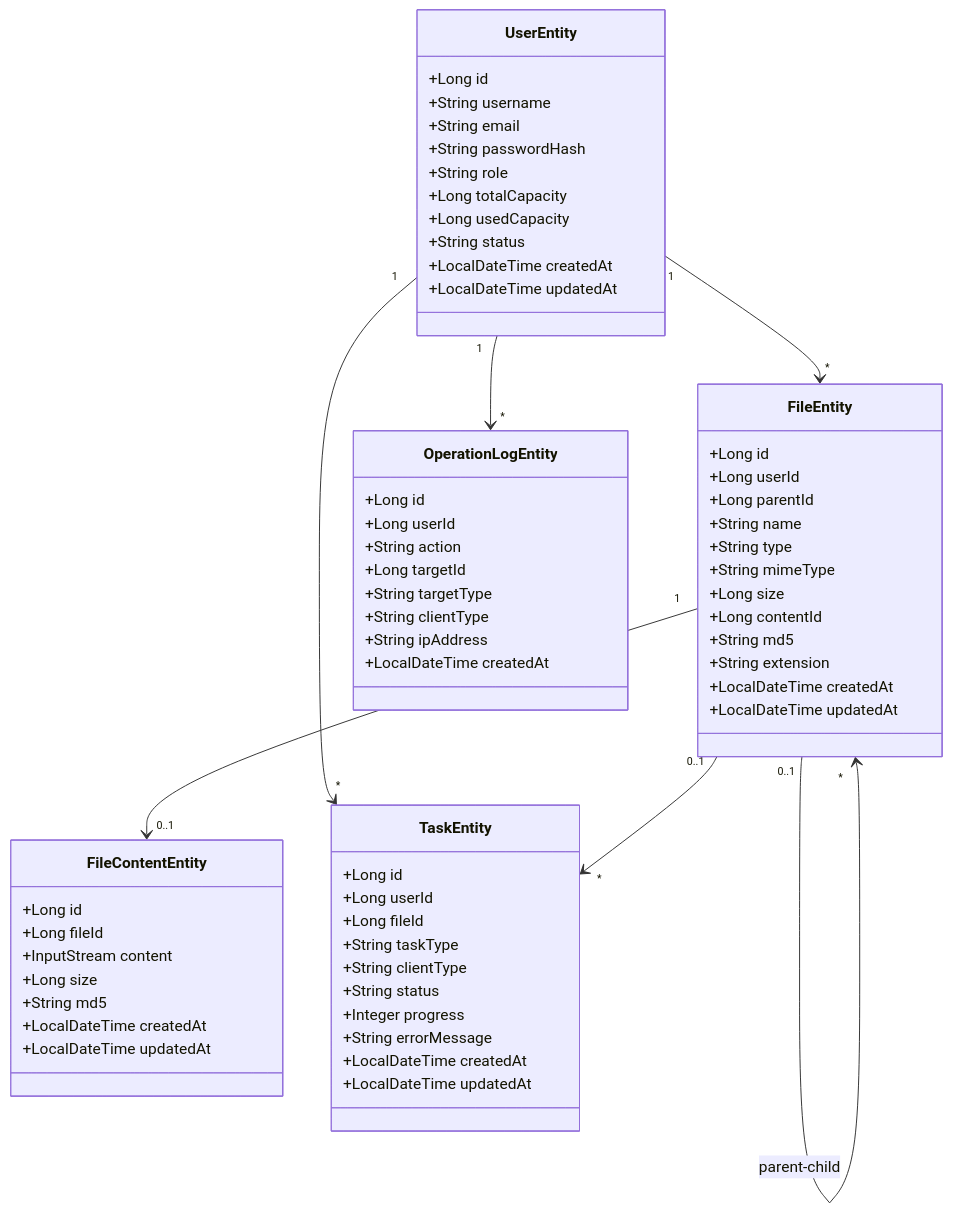
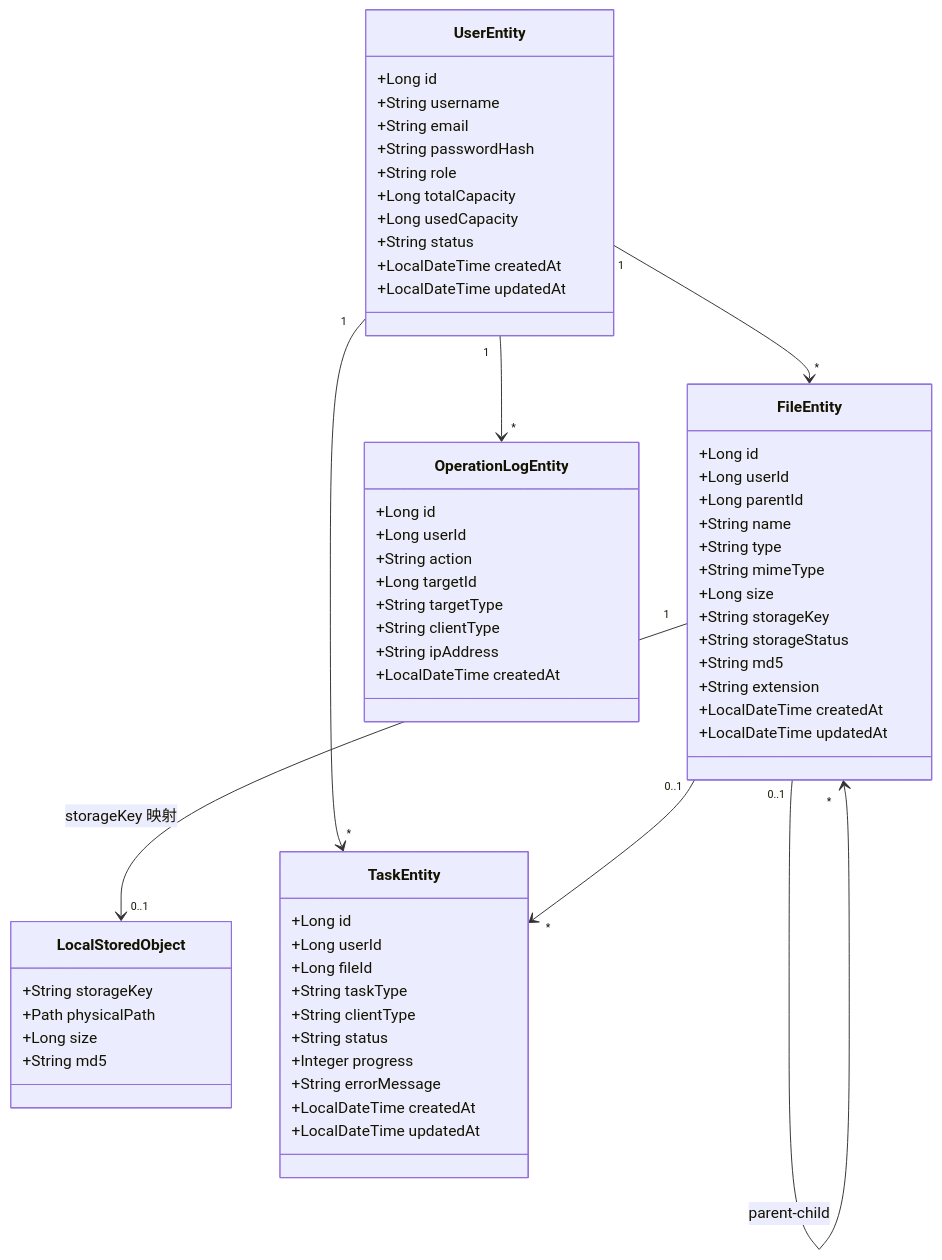
Diagram 27 of 35 in 详细设计-流程图与类图.md (CNGM222/mycloud), drawn with Mermaid before and after one commit. The commit also changed other lines of this file and 56 other files, not shown here.

````diff
--- a/详细设计-流程图与类图.md
+++ b/详细设计-流程图与类图.md
@@ -615,71 +634,69 @@
 ```mermaid
 classDiagram
     class UserEntity {
         +Long id
         +String username
         +String email
         +String passwordHash
         +String role
         +Long totalCapacity
         +Long usedCapacity
         +String status
         +LocalDateTime createdAt
         +LocalDateTime updatedAt
     }
 
     class FileEntity {
         +Long id
         +Long userId
         +Long parentId
         +String name
         +String type
         +String mimeType
         +Long size
-        +Long contentId
+        +String storageKey
+        +String storageStatus
         +String md5
         +String extension
         +LocalDateTime createdAt
         +LocalDateTime updatedAt
     }
 
-    class FileContentEntity {
-        +Long id
-        +Long fileId
-        +InputStream content
+    class LocalStoredObject {
+        +String storageKey
+        +Path physicalPath
         +Long size
         +String md5
-        +LocalDateTime createdAt
-        +LocalDateTime updatedAt
     }
 
     class TaskEntity {
         +Long id
         +Long userId
         +Long fileId
         +String taskType
         +String clientType
         +String status
         +Integer progress
         +String errorMessage
         +LocalDateTime createdAt
         +LocalDateTime updatedAt
     }
 
     class OperationLogEntity {
         +Long id
         +Long userId
         +String action
         +Long targetId
         +String targetType
         +String clientType
         +String ipAddress
         +LocalDateTime createdAt
     }
 
     UserEntity "1" --> "*" FileEntity
-    FileEntity "1" --> "0..1" FileContentEntity
+    FileEntity "1" --> "0..1" LocalStoredObject : storageKey 映射
     UserEntity "1" --> "*" TaskEntity
     FileEntity "0..1" --> "*" TaskEntity
     UserEntity "1" --> "*" OperationLogEntity
     FileEntity "0..1" --> "*" FileEntity : parent-child
 ```
````
